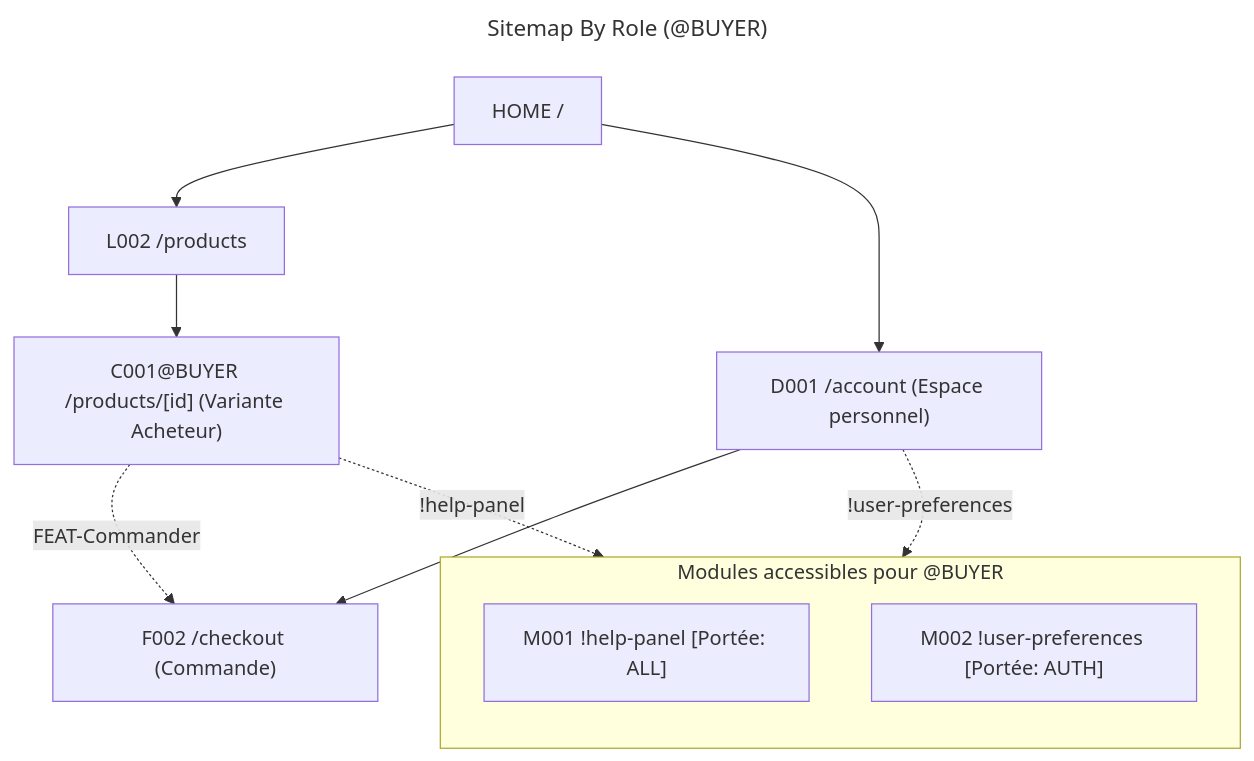
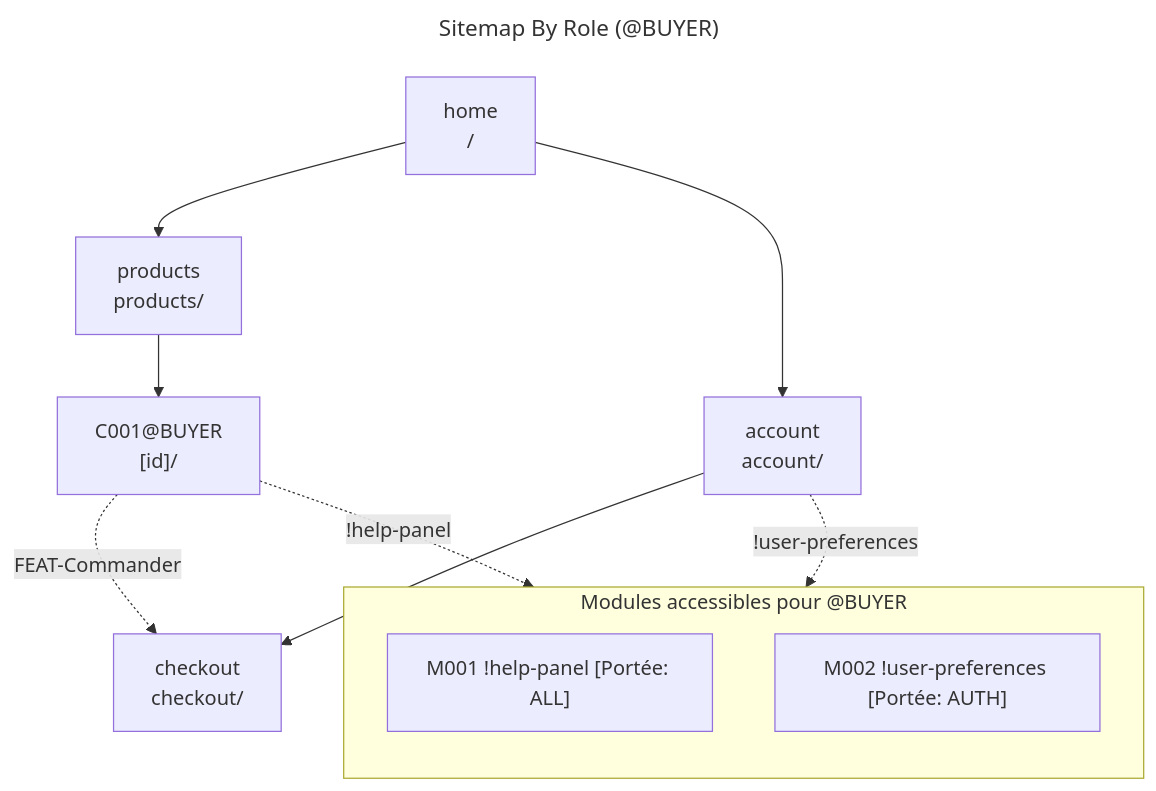
Before and after one commit to Pi0up/ai-skills: the diagram in ia_tools/templates/arborescence/sitemap-by-role.mmd, drawn with Mermaid. The commit also changed 11 other files, not shown here.

```diff
--- a/ia_tools/templates/arborescence/sitemap-by-role.mmd
+++ b/ia_tools/templates/arborescence/sitemap-by-role.mmd
@@ -1,43 +1,43 @@
 ---
 title: Sitemap By Role (@BUYER)
 type: sitemap
 id: sitemap-by-role
 version: 1.0.0
 roles: [BUYER]
 tags: [sitemap, role-view, buyer]
 description: Template d'arborescence filtrée par rôle utilisateur (@BUYER)
 ---
 flowchart TD
 
     %% --------------------------------------------------------------------------
     %% Pages accessibles au rôle (@BUYER)
     %% Les pages réservées à d'autres rôles (ex: Admin) sont masquées/filtrées
     %% --------------------------------------------------------------------------
-    HOME["HOME /"]
-    L002["L002 /products"]
-    C001_BUYER["C001@BUYER /products/[id] (Variante Acheteur)"]
-    D001["D001 /account (Espace personnel)"]
-    F002["F002 /checkout (Commande)"]
+    HOME["home<br/>/"]
+    L002["products<br/>products/"]
+    C001_BUYER["C001@BUYER<br/>[id]/"]
+    D001["account<br/>account/"]
+    F002["checkout<br/>checkout/"]
 
     %% Arborescence visible pour ce rôle
     HOME --> L002
     HOME --> D001
     L002 --> C001_BUYER
     D001 --> F002
 
     %% --------------------------------------------------------------------------
     %% Modules transverses éligibles à la portée du rôle
     %% Portées éligibles : ALL, AUTH (si le rôle est connecté), ou @BUYER
     %% --------------------------------------------------------------------------
     subgraph ModulesRole["Modules accessibles pour @BUYER"]
         direction TB
         M001["M001 !help-panel [Portée: ALL]"]
         M002["M002 !user-preferences [Portée: AUTH]"]
     end
 
     %% Invocations possibles pour ce rôle
     C001_BUYER -. "!help-panel" .-> M001
     D001 -. "!user-preferences" .-> M002
 
     %% Renvois fonctionnels ouverts au rôle
     C001_BUYER -. "FEAT-Commander" .-> F002
```
